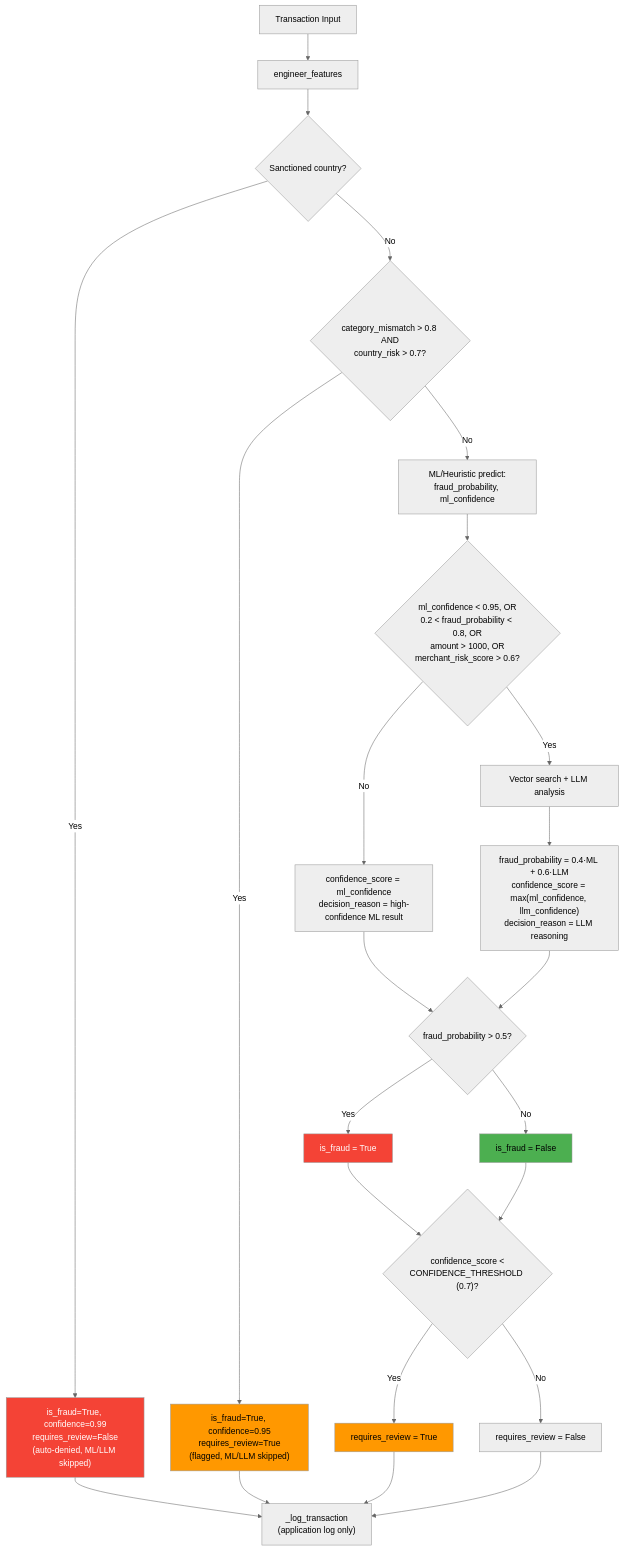
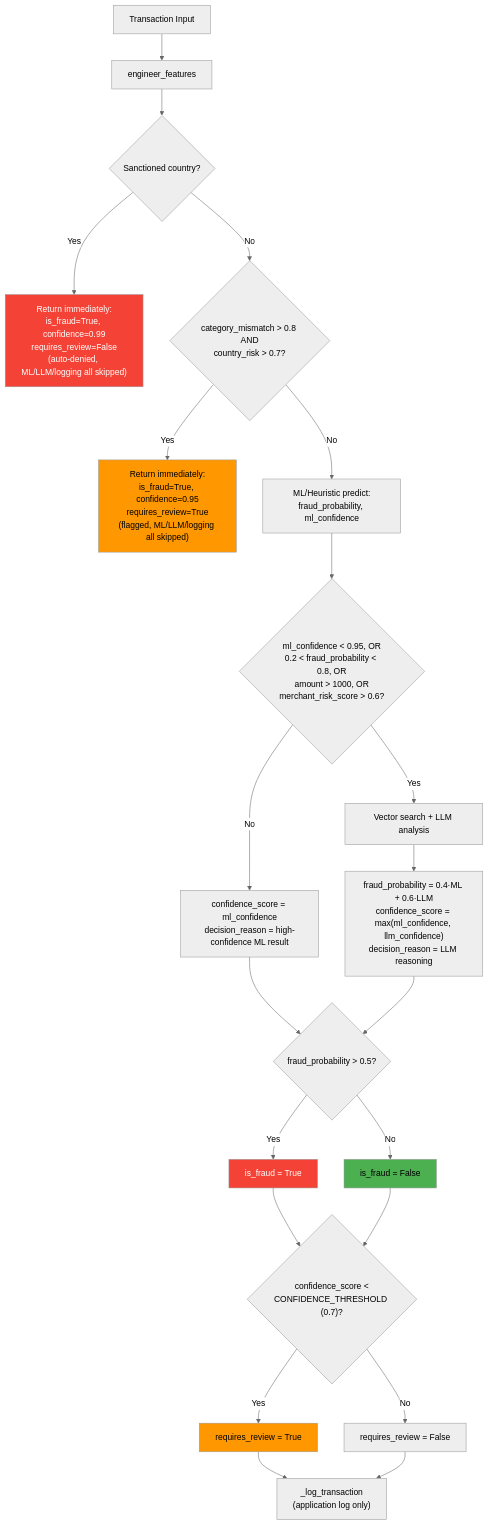
The fifth of 5 diagrams in MLProjects/creditcardfrauddetection/README.md (guruthanglearning/AILearning), drawn with Mermaid (neutral theme) before and after one commit. The commit also changed other lines of this file, not shown here.

First line of the commit message:
Address Codex review: logging only on non-hard-block path, one response per request, manage_models.py is broken

````diff
--- a/MLProjects/creditcardfrauddetection/README.md
+++ b/MLProjects/creditcardfrauddetection/README.md
@@ -1789,37 +1789,35 @@
 ```mermaid
 flowchart TD
     START[Transaction Input] --> FEAT[engineer_features]
     FEAT --> SANCTION{Sanctioned country?}
 
-    SANCTION -->|Yes| DENY["is_fraud=True, confidence=0.99<br/>requires_review=False<br/>(auto-denied, ML/LLM skipped)"]
+    SANCTION -->|Yes| DENY["Return immediately:<br/>is_fraud=True, confidence=0.99<br/>requires_review=False<br/>(auto-denied, ML/LLM/logging all skipped)"]
     SANCTION -->|No| MISMATCH{"category_mismatch > 0.8 AND<br/>country_risk > 0.7?"}
 
-    MISMATCH -->|Yes| FLAG["is_fraud=True, confidence=0.95<br/>requires_review=True<br/>(flagged, ML/LLM skipped)"]
+    MISMATCH -->|Yes| FLAG["Return immediately:<br/>is_fraud=True, confidence=0.95<br/>requires_review=True<br/>(flagged, ML/LLM/logging all skipped)"]
     MISMATCH -->|No| ML["ML/Heuristic predict:<br/>fraud_probability, ml_confidence"]
 
     ML --> NEEDLLM{"ml_confidence < 0.95, OR<br/>0.2 < fraud_probability < 0.8, OR<br/>amount > 1000, OR<br/>merchant_risk_score > 0.6?"}
     NEEDLLM -->|No| DIRECT["confidence_score = ml_confidence<br/>decision_reason = high-confidence ML result"]
     NEEDLLM -->|Yes| RAG[Vector search + LLM analysis]
     RAG --> BLEND["fraud_probability = 0.4·ML + 0.6·LLM<br/>confidence_score = max(ml_confidence, llm_confidence)<br/>decision_reason = LLM reasoning"]
 
     DIRECT --> FINAL{fraud_probability > 0.5?}
     BLEND --> FINAL
     FINAL -->|Yes| ISFRAUD[is_fraud = True]
     FINAL -->|No| NOTFRAUD[is_fraud = False]
 
     ISFRAUD --> REVIEW{"confidence_score <<br/>CONFIDENCE_THRESHOLD (0.7)?"}
     NOTFRAUD --> REVIEW
     REVIEW -->|Yes| NEEDSREVIEW[requires_review = True]
     REVIEW -->|No| NOREVIEW[requires_review = False]
 
-    DENY --> LOG["_log_transaction<br/>(application log only)"]
-    FLAG --> LOG
-    NEEDSREVIEW --> LOG
+    NEEDSREVIEW --> LOG["_log_transaction<br/>(application log only)"]
     NOREVIEW --> LOG
 
     style DENY fill:#f44336,color:#fff
     style FLAG fill:#ff9800
     style NEEDSREVIEW fill:#ff9800
     style ISFRAUD fill:#f44336,color:#fff
     style NOTFRAUD fill:#4caf50
 ```
````
